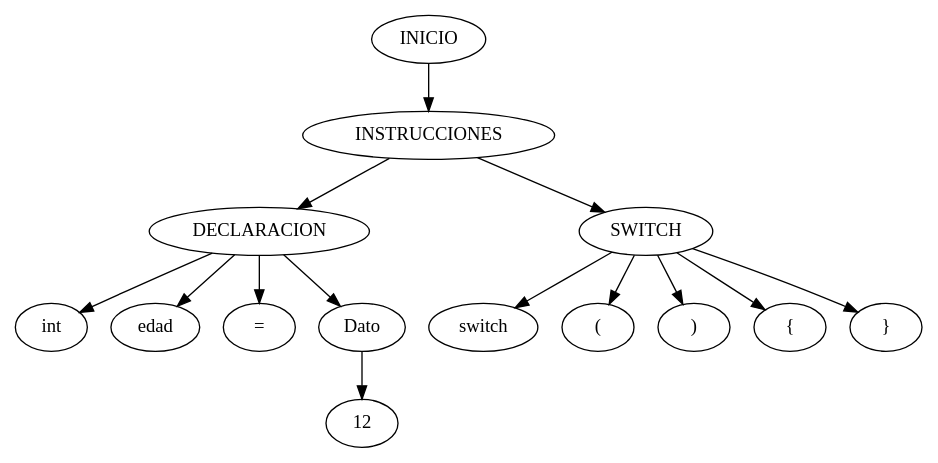
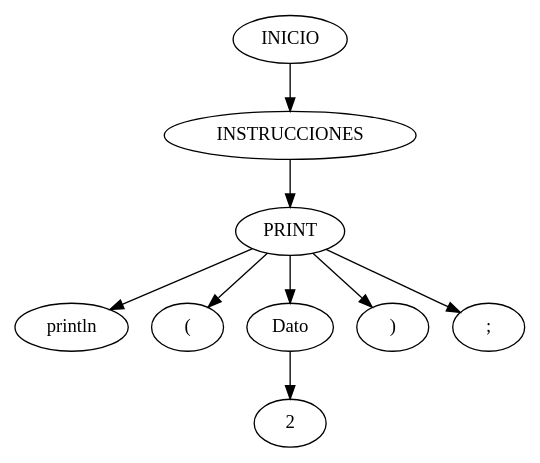
Before and after one commit to Ssolares0/OLC1_Proyecto2_202004822: the diagram in server/arbolAST.dot, drawn with Graphviz. The commit also changed 10 other files, not shown here.

```diff
--- a/server/arbolAST.dot
+++ b/server/arbolAST.dot
@@ -1,30 +1,20 @@
 digraph arbolAST{ 
       n0[label="INICIO"];
       n1[label="INSTRUCCIONES"];
       n0 -> n1;
-n2[label="DECLARACION"];
+n2[label="PRINT"];
       n1 -> n2;
-n3[label="int"];
+n3[label="println"];
       n2 -> n3;
-n4[label="edad"];
+n4[label="("];
       n2 -> n4;
-n5[label="="];
+n5[label="Dato"];
       n2 -> n5;
-n6[label="Dato"];
-      n2 -> n6;
-n7[label="12"];
-      n6 -> n7;
-n8[label="SWITCH"];
-      n1 -> n8;
-n9[label="switch"];
-      n8 -> n9;
-n10[label="("];
-      n8 -> n10;
-n11[label=")"];
-      n8 -> n11;
-n12[label="{"];
-      n8 -> n12;
-n13[label="}"];
-      n8 -> n13;
+n6[label="2"];
+      n5 -> n6;
+n7[label=")"];
+      n2 -> n7;
+n8[label=";"];
+      n2 -> n8;
 
     }
```
